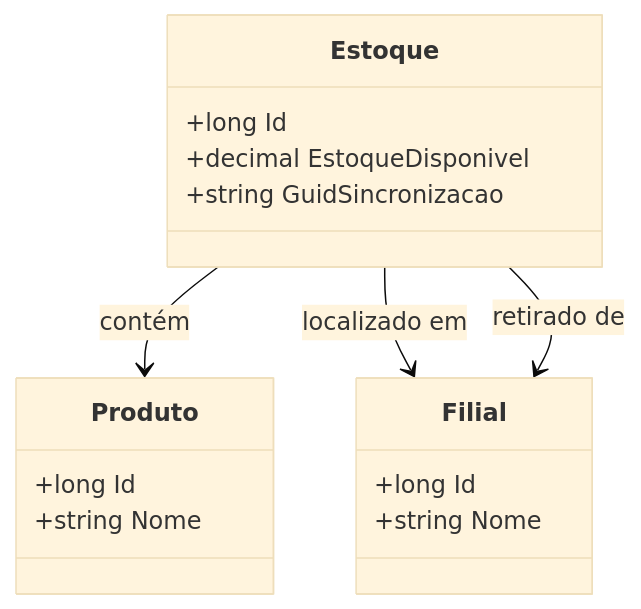
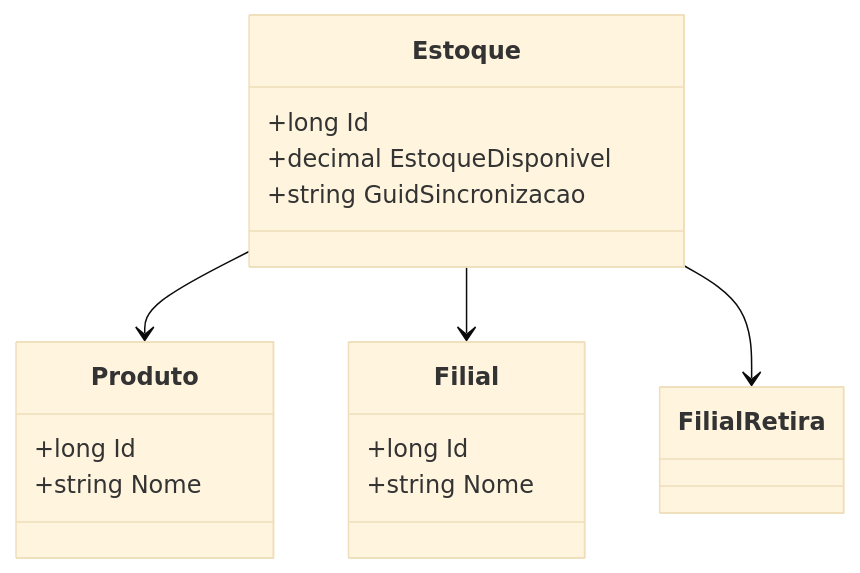
The diagram in docs/b2b-dominio/IsthmusWinthor.Nucleo/IsthmusWinthor.Dominio/Entidades/Estoque.md (IsthmusSistemas/documentacao-tecnica), drawn with Mermaid (base theme) before and after one commit. The commit also changed other lines of this file and 882 other files, not shown here.

````diff
--- a/docs/b2b-dominio/IsthmusWinthor.Nucleo/IsthmusWinthor.Dominio/Entidades/Estoque.md
+++ b/docs/b2b-dominio/IsthmusWinthor.Nucleo/IsthmusWinthor.Dominio/Entidades/Estoque.md
@@ -23,22 +23,22 @@
 ```mermaid
 classDiagram
     class Estoque {
         +long Id
         +decimal EstoqueDisponivel
         +string GuidSincronizacao
     }
 
     class Produto {
         +long Id
         +string Nome
     }
 
     class Filial {
         +long Id
         +string Nome
     }
 
-    Estoque --> Produto : contém
-    Estoque --> Filial : localizado em
-    Estoque --> Filial : retirado de
+    Estoque --> Produto
+    Estoque --> Filial
+    Estoque --> FilialRetira
 ```
````
